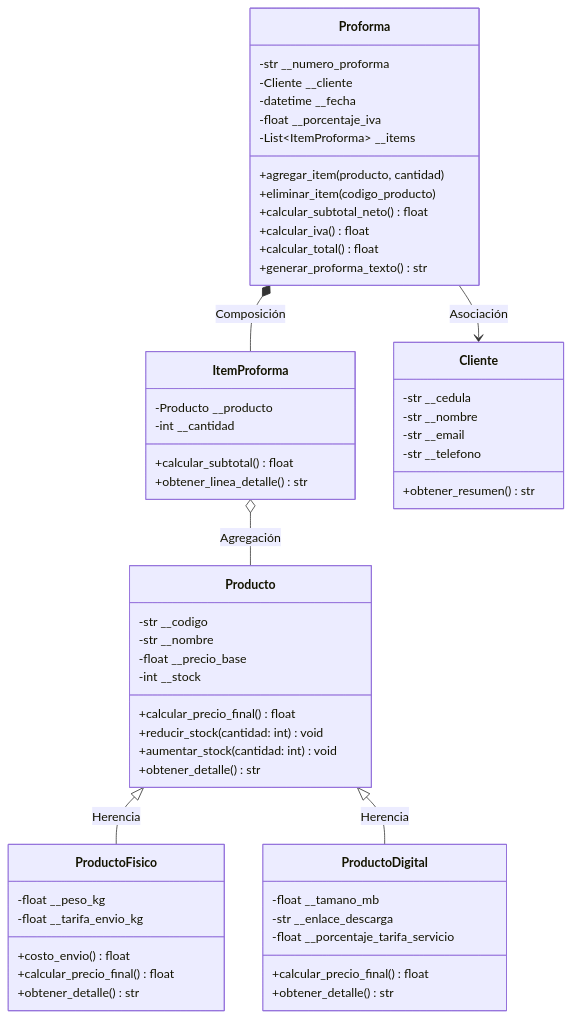
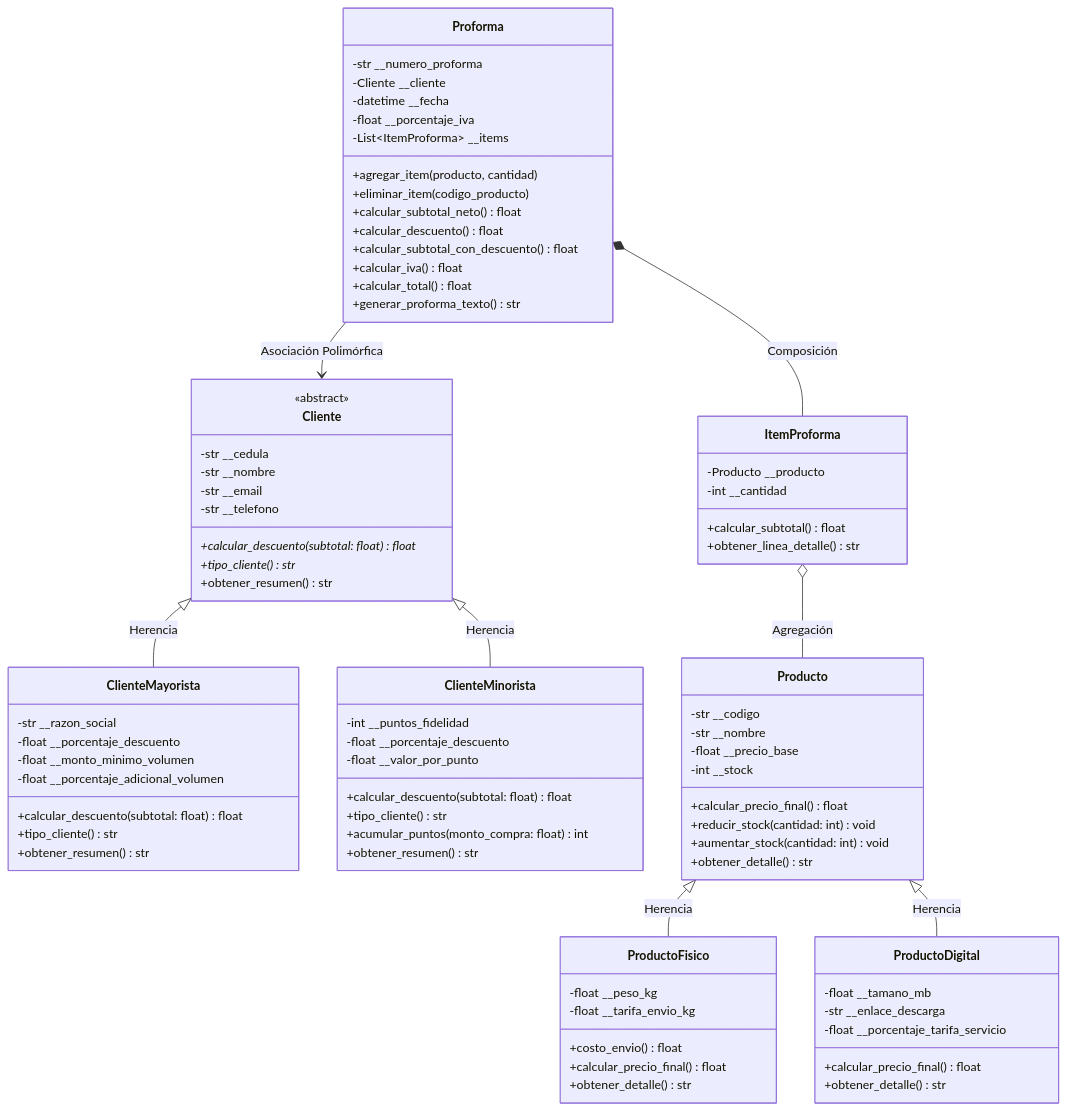
One commit to kevinmart202/Isoglobaltech changed the diagram in README.md. Above: the diagram before and after it, drawn with Mermaid. The commit also changed other lines of this file and 18 other files, not shown here.

Commit message:
Semana 3: Polimorfismo, interfaces y clases abstractas con ClienteMayorista, ClienteMinorista, tests y GUI Streamlit

````diff
--- a/README.md
+++ b/README.md
@@ -60,6 +81,37 @@
 ```mermaid
 classDiagram
     direction TB
+
+    class Cliente {
+        <<abstract>>
+        -str __cedula
+        -str __nombre
+        -str __email
+        -str __telefono
+        +calcular_descuento(subtotal: float)* float
+        +tipo_cliente()* str
+        +obtener_resumen() str
+    }
+
+    class ClienteMayorista {
+        -str __razon_social
+        -float __porcentaje_descuento
+        -float __monto_minimo_volumen
+        -float __porcentaje_adicional_volumen
+        +calcular_descuento(subtotal: float) float
+        +tipo_cliente() str
+        +obtener_resumen() str
+    }
+
+    class ClienteMinorista {
+        -int __puntos_fidelidad
+        -float __porcentaje_descuento
+        -float __valor_por_punto
+        +calcular_descuento(subtotal: float) float
+        +tipo_cliente() str
+        +acumular_puntos(monto_compra: float) int
+        +obtener_resumen() str
+    }
 
     class Producto {
         -str __codigo
@@ -95,14 +147,6 @@
         +obtener_linea_detalle() str
     }
 
-    class Cliente {
-        -str __cedula
-        -str __nombre
-        -str __email
-        -str __telefono
-        +obtener_resumen() str
-    }
-
     class Proforma {
         -str __numero_proforma
         -Cliente __cliente
@@ -112,14 +156,18 @@
         +agregar_item(producto, cantidad)
         +eliminar_item(codigo_producto)
         +calcular_subtotal_neto() float
+        +calcular_descuento() float
+        +calcular_subtotal_con_descuento() float
         +calcular_iva() float
         +calcular_total() float
         +generar_proforma_texto() str
     }
 
+    Cliente <|-- ClienteMayorista : Herencia
+    Cliente <|-- ClienteMinorista : Herencia
     Producto <|-- ProductoFisico : Herencia
     Producto <|-- ProductoDigital : Herencia
     ItemProforma o-- Producto : Agregación
     Proforma *-- ItemProforma : Composición
-    Proforma --> Cliente : Asociación
+    Proforma --> Cliente : Asociación Polimórfica
 ```
````
